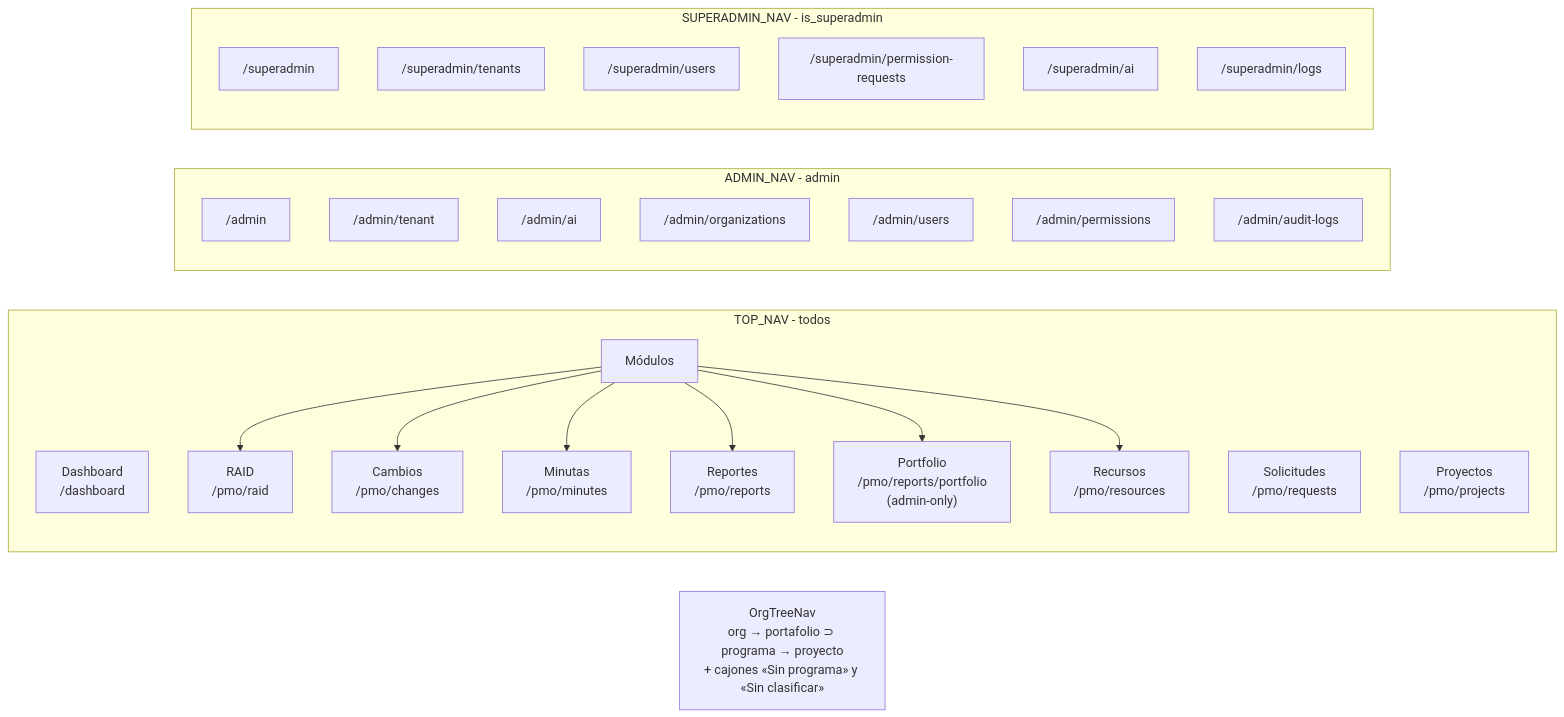
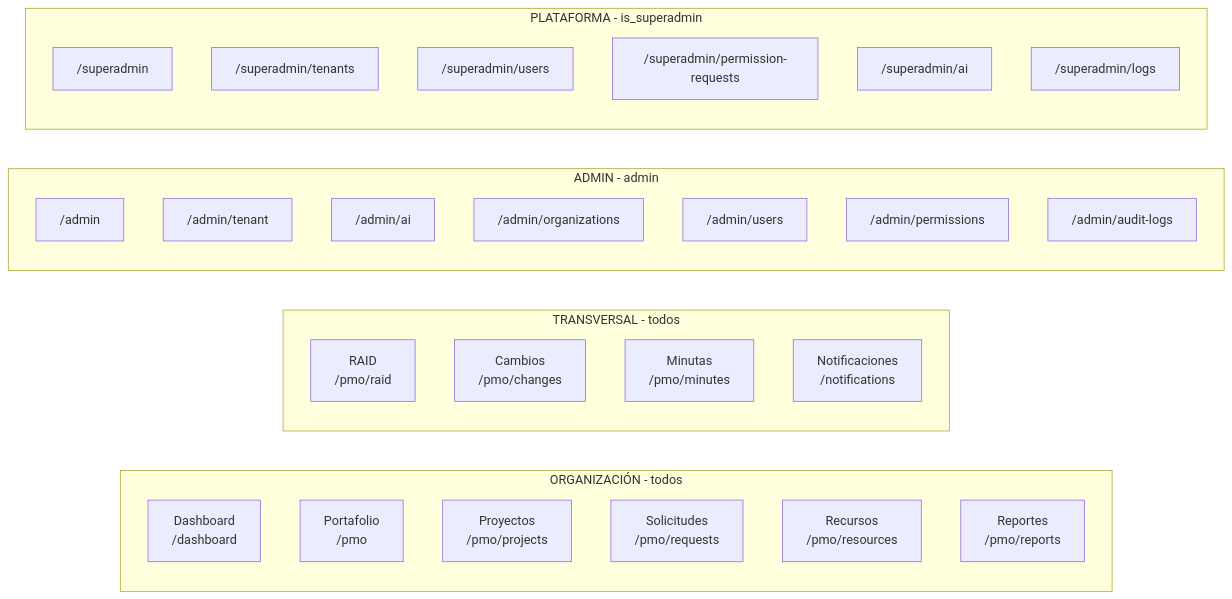
One commit to xguilxr/pmo_aas changed the second of 8 diagrams in docs/architecture/navigation.md. Above: the diagram before and after it, drawn with Mermaid. The commit also changed other lines of this file and 22 other files, not shown here.

````diff
--- a/docs/architecture/navigation.md
+++ b/docs/architecture/navigation.md
@@ -143,36 +184,37 @@
 ```mermaid
 flowchart LR
-    subgraph TOP_NAV ["TOP_NAV - todos"]
+    subgraph ORG ["ORGANIZACIÓN - todos"]
         N1["Dashboard<br/>/dashboard"]
-        N2["Solicitudes<br/>/pmo/requests"]
+        N2["Portafolio<br/>/pmo"]
         N3["Proyectos<br/>/pmo/projects"]
-        N4["Módulos"]
-        N4 --> N4a["RAID<br/>/pmo/raid"]
-        N4 --> N4b["Cambios<br/>/pmo/changes"]
-        N4 --> N4c["Minutas<br/>/pmo/minutes"]
-        N4 --> N4d["Reportes<br/>/pmo/reports"]
-        N4 --> N4e["Portfolio<br/>/pmo/reports/portfolio<br/>(admin-only)"]
-        N4 --> N4f["Recursos<br/>/pmo/resources"]
+        N4["Solicitudes<br/>/pmo/requests"]
+        N5["Recursos<br/>/pmo/resources"]
+        N6["Reportes<br/>/pmo/reports"]
     end
 
-    subgraph ADMIN_NAV ["ADMIN_NAV - admin"]
+    subgraph TRANS ["TRANSVERSAL - todos"]
+        T1["RAID<br/>/pmo/raid"]
+        T2["Cambios<br/>/pmo/changes"]
+        T3["Minutas<br/>/pmo/minutes"]
+        T4["Notificaciones<br/>/notifications"]
+    end
+
+    subgraph ADMIN_NAV ["ADMIN - admin"]
         A0["/admin"]
         A1["/admin/tenant"]
         A2["/admin/ai"]
         A3["/admin/organizations"]
         A4["/admin/users"]
         A5["/admin/permissions"]
         A6["/admin/audit-logs"]
     end
 
-    subgraph SUPER_NAV ["SUPERADMIN_NAV - is_superadmin"]
+    subgraph SUPER_NAV ["PLATAFORMA - is_superadmin"]
         S1["/superadmin"]
         S2["/superadmin/tenants"]
         S3["/superadmin/users"]
         S4["/superadmin/permission-requests"]
         S5["/superadmin/ai"]
         S6["/superadmin/logs"]
     end
-
-    TREE["OrgTreeNav<br/>org → portafolio ⊃ programa → proyecto<br/>+ cajones «Sin programa» y «Sin clasificar»"]
 ```
````
